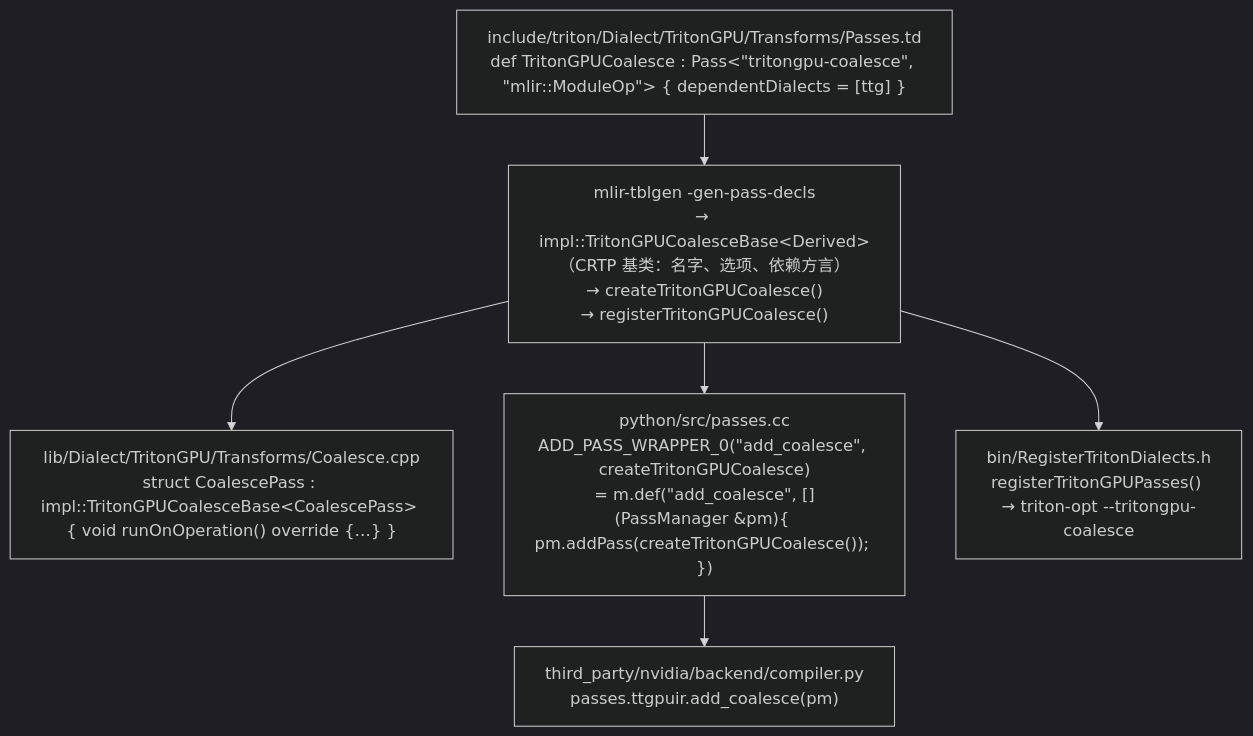
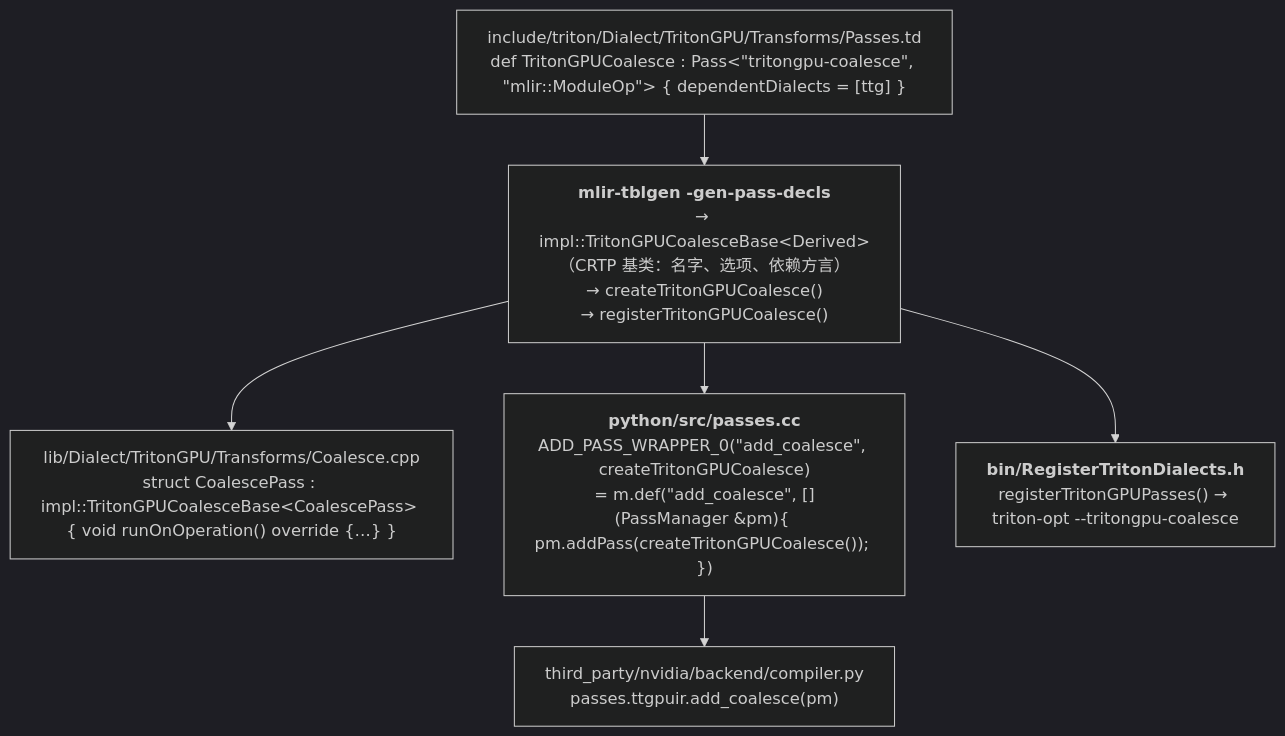
Before and after one commit to arganzheng/arganzheng.github.com: the third of 3 diagrams in _posts/2026-11-25-mlir-passes-pattern-rewriting-and-dialect-conversion.md, drawn with Mermaid (dark theme). The commit also changed other lines of this file and 8 other files, not shown here.

First line of the commit message:
ML 编译器内部：从 SSA、MLIR 到 Triton 编译器：Mermaid 多行方框的首行标为标题（9 篇）

````diff
--- a/_posts/2026-11-25-mlir-passes-pattern-rewriting-and-dialect-conversion.md
+++ b/_posts/2026-11-25-mlir-passes-pattern-rewriting-and-dialect-conversion.md
@@ -539,13 +539,13 @@
 ```mermaid
 %% 图：一个 Triton pass 从哪里来：Passes.td 用 TableGen 声明 → mlir-tblgen 生成 CRTP 基类与 create / register 函数 → .cpp 实现 runOnOperation
 flowchart TB
     td["include/triton/Dialect/TritonGPU/Transforms/Passes.td<br/>def TritonGPUCoalesce : Pass&lt;&quot;tritongpu-coalesce&quot;, &quot;mlir::ModuleOp&quot;&gt; { dependentDialects = [ttg] }"]
-    gen["mlir-tblgen -gen-pass-decls<br/>→ impl::TritonGPUCoalesceBase&lt;Derived&gt;（CRTP 基类：名字、选项、依赖方言）<br/>→ createTritonGPUCoalesce()<br/>→ registerTritonGPUCoalesce()"]
+    gen["<b>mlir-tblgen -gen-pass-decls</b><br/>→ impl::TritonGPUCoalesceBase&lt;Derived&gt;（CRTP 基类：名字、选项、依赖方言）<br/>→ createTritonGPUCoalesce()<br/>→ registerTritonGPUCoalesce()"]
     cpp["lib/Dialect/TritonGPU/Transforms/Coalesce.cpp<br/>struct CoalescePass : impl::TritonGPUCoalesceBase&lt;CoalescePass&gt; { void runOnOperation() override {…} }"]
-    py["python/src/passes.cc<br/>ADD_PASS_WRAPPER_0(&quot;add_coalesce&quot;, createTritonGPUCoalesce)<br/>= m.def(&quot;add_coalesce&quot;, [](PassManager &amp;pm){ pm.addPass(createTritonGPUCoalesce()); })"]
+    py["<b>python/src/passes.cc</b><br/>ADD_PASS_WRAPPER_0(&quot;add_coalesce&quot;, createTritonGPUCoalesce)<br/>= m.def(&quot;add_coalesce&quot;, [](PassManager &amp;pm){ pm.addPass(createTritonGPUCoalesce()); })"]
     compiler["third_party/nvidia/backend/compiler.py<br/>passes.ttgpuir.add_coalesce(pm)"]
-    opt["bin/RegisterTritonDialects.h<br/>registerTritonGPUPasses() → triton-opt --tritongpu-coalesce"]
+    opt["<b>bin/RegisterTritonDialects.h</b><br/>registerTritonGPUPasses() → triton-opt --tritongpu-coalesce"]
     td --> gen --> cpp
     gen --> py --> compiler
     gen --> opt
 ```
````
